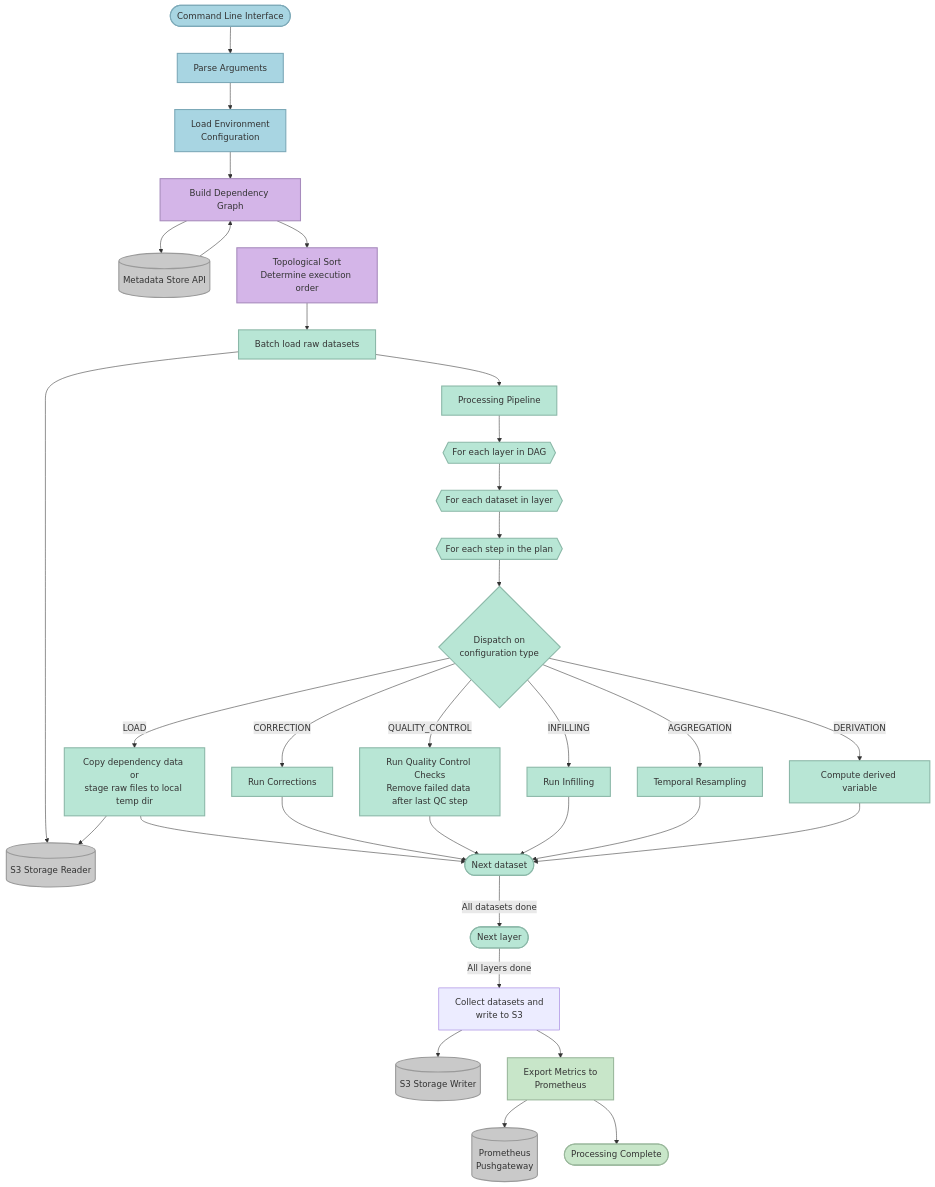
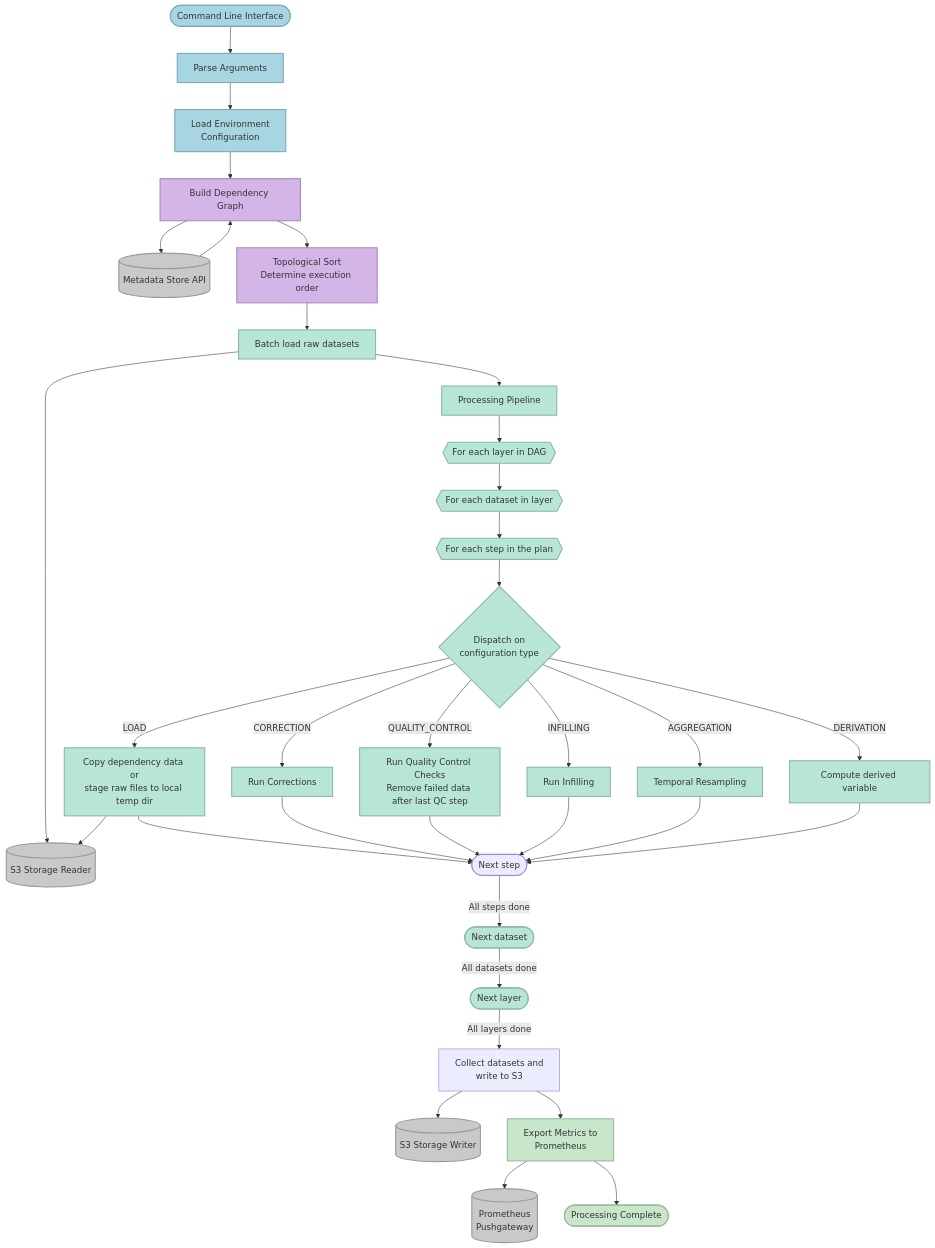
One commit to NERC-CEH/dri-timeseries-processor changed the first of 2 diagrams in docs/architecture.md. Above: the diagram before and after it, drawn with Mermaid.

Commit message:
Mermaid diagram update 4

````diff
--- a/docs/architecture.md
+++ b/docs/architecture.md
@@ -9,59 +9,64 @@
 ```mermaid
 flowchart TD
 Start([Command Line Interface]) --> Parse[Parse Arguments]
 Parse --> LoadConfig[Load Environment<br />Configuration]
 
 LoadConfig --> BuildDAG[Build Dependency Graph]
 BuildDAG --> MetaAPI[(Metadata Store API)]
 MetaAPI --> BuildDAG
 BuildDAG --> TopoSort[Topological Sort<br/>Determine execution order]
 
 TopoSort --> BatchLoad[Batch load raw datasets]
 BatchLoad --> S3Reader[(S3 Storage Reader)]
 
 BatchLoad --> Pipeline[Processing Pipeline]
 Pipeline --> StartLayer{{For each layer in DAG}}
 StartLayer --> StartProc{{For each dataset in layer}}
 StartProc --> StartStep{{For each step in the plan}}
 StartStep --> CheckType{Dispatch on<br/>configuration type}
 
 CheckType -->|LOAD| RunLoad[Copy dependency data or<br/>stage raw files to local temp dir]
 RunLoad --> S3Reader
-RunLoad --> NextDataset
+RunLoad --> NextStep
 
 CheckType -->|CORRECTION| RunCorr[Run Corrections]
-RunCorr --> NextDataset
+RunCorr --> NextStep
 
 CheckType -->|QUALITY_CONTROL| RunQC[Run Quality Control Checks<br/>Remove failed data after last QC step]
-RunQC --> NextDataset
+RunQC --> NextStep
 
 CheckType -->|INFILLING| RunInfill[Run Infilling]
-RunInfill --> NextDataset
+RunInfill --> NextStep
 
 CheckType -->|AGGREGATION| Resample[Temporal Resampling]
-Resample --> NextDataset
+Resample --> NextStep
 
 CheckType -->|DERIVATION| Compute[Compute derived variable]
-Compute --> NextDataset
+Compute --> NextStep
+
+NextStep([Next step])
+NextStep -->|All steps done| NextDataset
 
 NextDataset([Next dataset])
 NextDataset -->|All datasets done| NextLayer
+
 NextLayer([Next layer])
 NextLayer -->|All layers done| SaveDatasets[Collect datasets and<br />write to S3]
+
 SaveDatasets --> S3Writer[(S3 Storage Writer)]
 SaveDatasets --> ExportMetrics[Export Metrics to<br />Prometheus]
 ExportMetrics --> PrometheusGW[(Prometheus<br/>Pushgateway)]
 ExportMetrics --> Done([Processing Complete])
 
 classDef setup fill:#A8D5E2,stroke:#7CA9B8,stroke-width:2px
 classDef orchestration fill:#D4B5E8,stroke:#A78BBD,stroke-width:2px
 classDef processing fill:#B8E6D5,stroke:#8BB8A8,stroke-width:2px
 classDef storage fill:#C9C9C9,stroke:#9A9A9A,stroke-width:2px
 classDef completion fill:#C8E6C9,stroke:#9AB89C,stroke-width:2px
 
 class Start,Parse,LoadConfig setup
 class BuildDAG,TopoSort orchestration
 class Pipeline,CheckType,StartLayer,StartProc,StartStep,BatchLoad,RunLoad,RunCorr,RunQC,RunInfill,Resample,Compute,NextDataset,NextLayer processing
 class MetaAPI,S3Reader,S3Writer,PrometheusGW storage
 class ExportMetrics,Done completion
 ```
````
